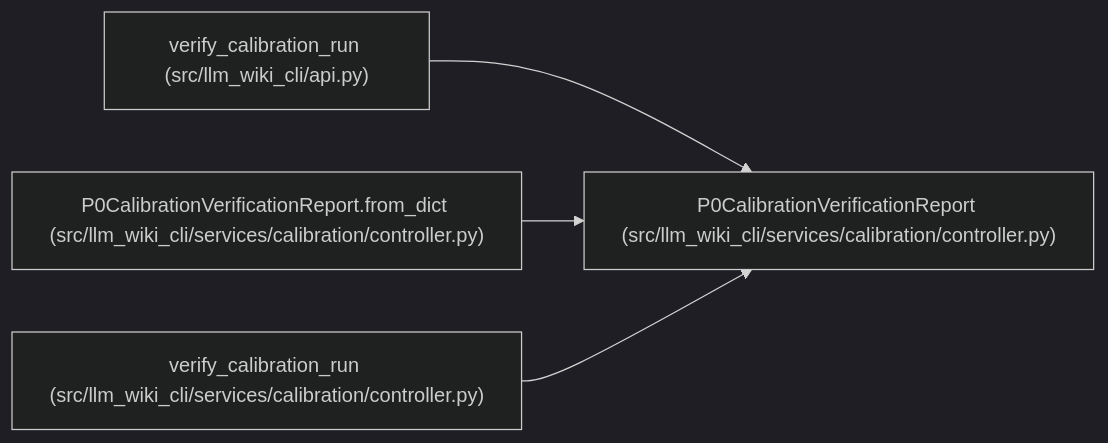
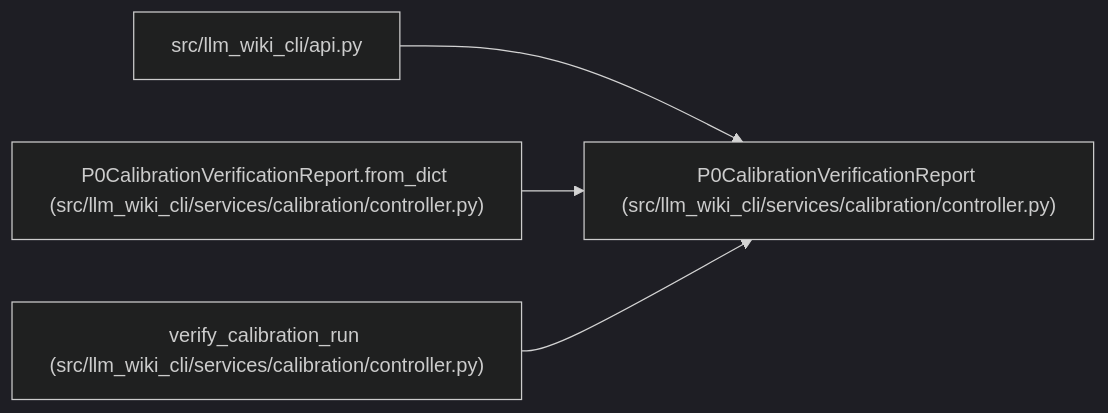
Before and after one commit to Denissvgn/python-wiki-llm: the diagram in docs/llm_wiki/entities/P0CalibrationVerificationReport.md, drawn with Mermaid (dark theme). The commit also changed other lines of this file and 631 other files, not shown here.

````diff
--- a/docs/llm_wiki/entities/P0CalibrationVerificationReport.md
+++ b/docs/llm_wiki/entities/P0CalibrationVerificationReport.md
@@ -32,14 +32,14 @@
 ```mermaid
 flowchart LR
     n0["P0CalibrationVerificationReport (src/llm_wiki_cli/services/calibration/controller.py)"]
-    n1["verify_calibration_run (src/llm_wiki_cli/api.py)"]
+    n1["src/llm_wiki_cli/api.py"]
     n2["P0CalibrationVerificationReport.from_dict (src/llm_wiki_cli/services/calibration/controller.py)"]
     n3["verify_calibration_run (src/llm_wiki_cli/services/calibration/controller.py)"]
     n1 --> n0
     n2 --> n0
     n3 --> n0
     click n0 "../modules/controller.md"
     click n1 "../modules/api.md"
     click n2 "../modules/controller.md"
     click n3 "../modules/controller.md"
 ```
````
